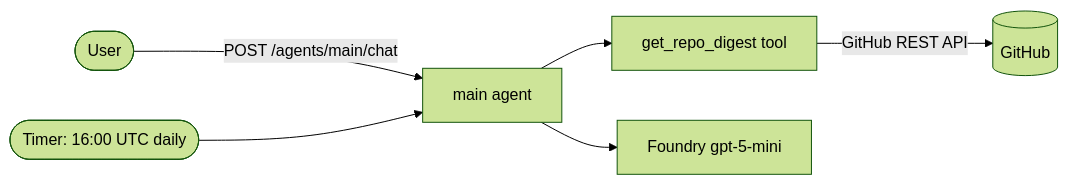
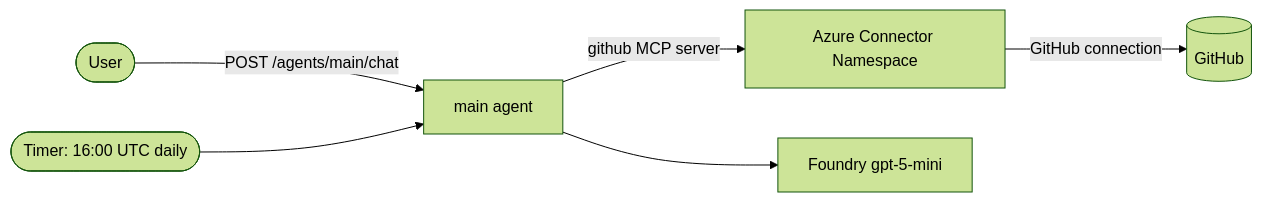
One commit to greenie-msft/simple-agent-functions-python changed the diagram in README.md. Above: the diagram before and after it, drawn with Mermaid (forest theme). The commit also changed other lines of this file and 7 other files, not shown here.

First line of the commit message:
Replace GitHub Python tool with GitHub connector MCP server

````diff
--- a/README.md
+++ b/README.md
@@ -18,8 +18,8 @@
 ```mermaid
 flowchart LR
     user([User]) -->|POST /agents/main/chat| main[main agent]
     timer([Timer: 16:00 UTC daily]) --> main
-    main --> tool[get_repo_digest tool]
-    tool -->|GitHub REST API| gh[(GitHub)]
+    main -->|github MCP server| cns[Azure Connector Namespace]
+    cns -->|GitHub connection| gh[(GitHub)]
     main --> model[Foundry gpt-5-mini]
 ```
````
